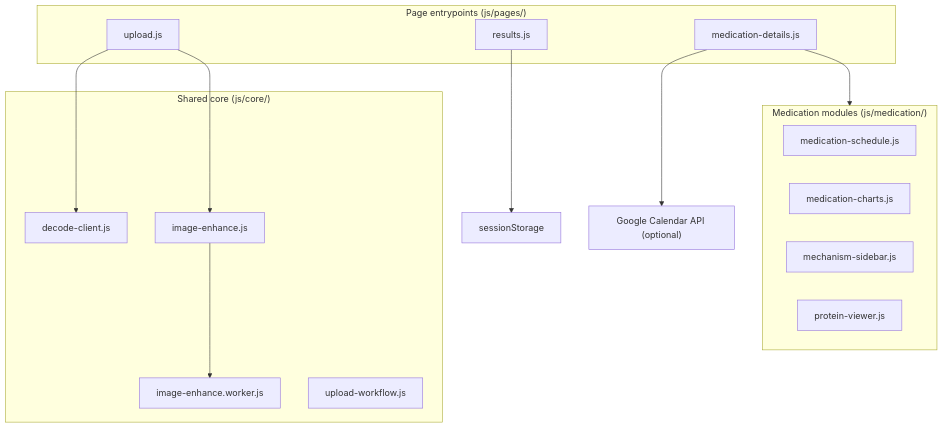
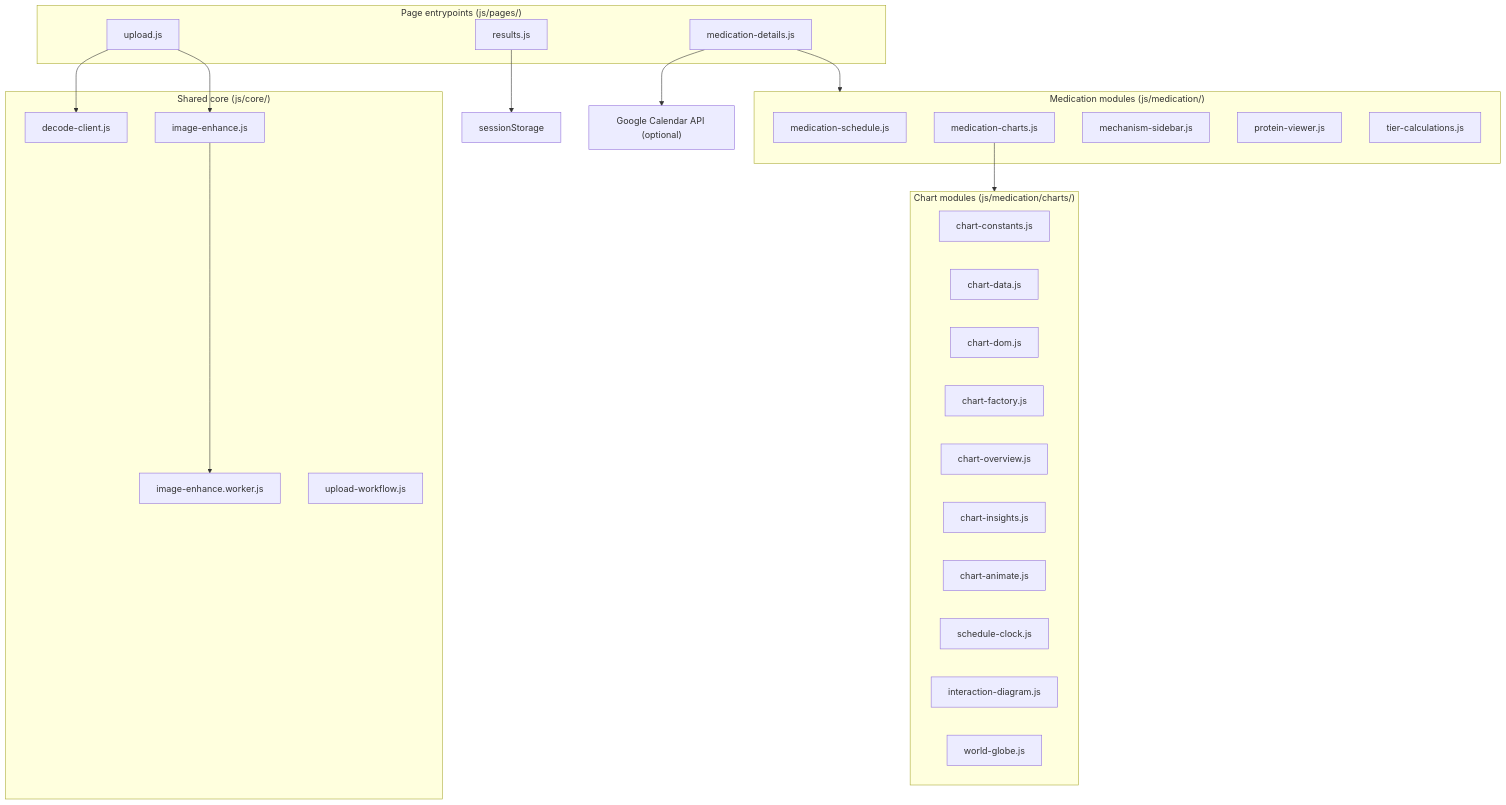
Before and after one commit to annu12340/UnScribble: the eighth of 12 diagrams in docs/ARCHITECTURE.md, drawn with Mermaid. The commit also changed other lines of this file and 29 other files, not shown here.

````diff
--- a/docs/ARCHITECTURE.md
+++ b/docs/ARCHITECTURE.md
@@ -425,29 +426,44 @@
 ```mermaid
 flowchart TB
     subgraph Pages["Page entrypoints (js/pages/)"]
         upload.js
         results.js
         medication-details.js
     end
 
     subgraph Core["Shared core (js/core/)"]
         decode-client.js
         image-enhance.js
         image-enhance.worker.js
         upload-workflow.js
     end
 
     subgraph Med["Medication modules (js/medication/)"]
         medication-schedule.js
         medication-charts.js
         mechanism-sidebar.js
         protein-viewer.js
+        tier-calculations.js
+    end
+
+    subgraph Charts["Chart modules (js/medication/charts/)"]
+        chart-constants.js
+        chart-data.js
+        chart-dom.js
+        chart-factory.js
+        chart-overview.js
+        chart-insights.js
+        chart-animate.js
+        schedule-clock.js
+        interaction-diagram.js
+        world-globe.js
     end
 
     upload.js --> decode-client.js
     upload.js --> image-enhance.js
     image-enhance.js --> image-enhance.worker.js
     results.js --> sessionStorage
     medication-details.js --> Med
+    medication-charts.js --> Charts
     medication-details.js --> GoogleCalendar["Google Calendar API (optional)"]
 ```
````
